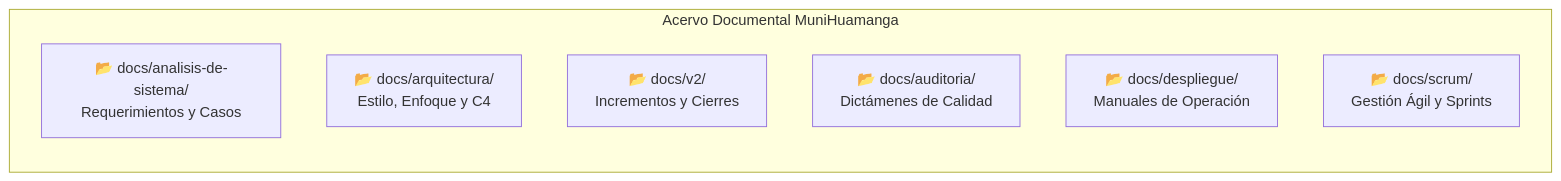
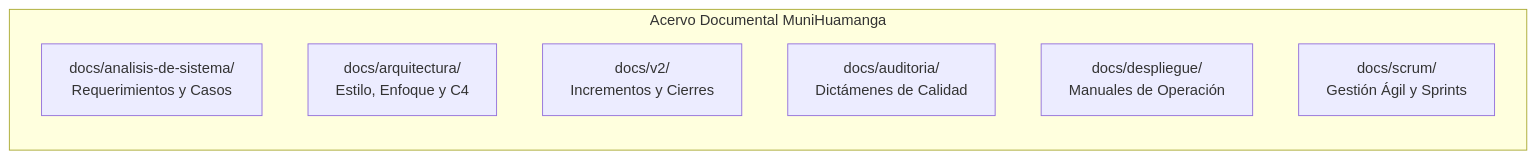
One commit to Issirc20/MuniHuamanga changed the second of 6 diagrams in DOCUMENTO_MAESTRO_AUDITORIA_PROYECTO_GENERAL.md. Above: the diagram before and after it, drawn with Mermaid. The commit also changed other lines of this file and 916 other files, not shown here.

````diff
--- a/DOCUMENTO_MAESTRO_AUDITORIA_PROYECTO_GENERAL.md
+++ b/DOCUMENTO_MAESTRO_AUDITORIA_PROYECTO_GENERAL.md
@@ -161,11 +161,11 @@
 ```mermaid
 graph LR
     subgraph Acervo Documental MuniHuamanga
-        DOC_ANALISIS["📂 docs/analisis-de-sistema/<br/>Requerimientos y Casos"]
-        DOC_ARQ["📂 docs/arquitectura/<br/>Estilo, Enfoque y C4"]
-        DOC_V2["📂 docs/v2/<br/>Incrementos y Cierres"]
-        DOC_AUD["📂 docs/auditoria/<br/>Dictámenes de Calidad"]
-        DOC_DESP["📂 docs/despliegue/<br/>Manuales de Operación"]
-        DOC_SCRUM["📂 docs/scrum/<br/>Gestión Ágil y Sprints"]
+        DOC_ANALISIS[" docs/analisis-de-sistema/<br/>Requerimientos y Casos"]
+        DOC_ARQ[" docs/arquitectura/<br/>Estilo, Enfoque y C4"]
+        DOC_V2[" docs/v2/<br/>Incrementos y Cierres"]
+        DOC_AUD[" docs/auditoria/<br/>Dictámenes de Calidad"]
+        DOC_DESP[" docs/despliegue/<br/>Manuales de Operación"]
+        DOC_SCRUM[" docs/scrum/<br/>Gestión Ágil y Sprints"]
     end
 ```
````
